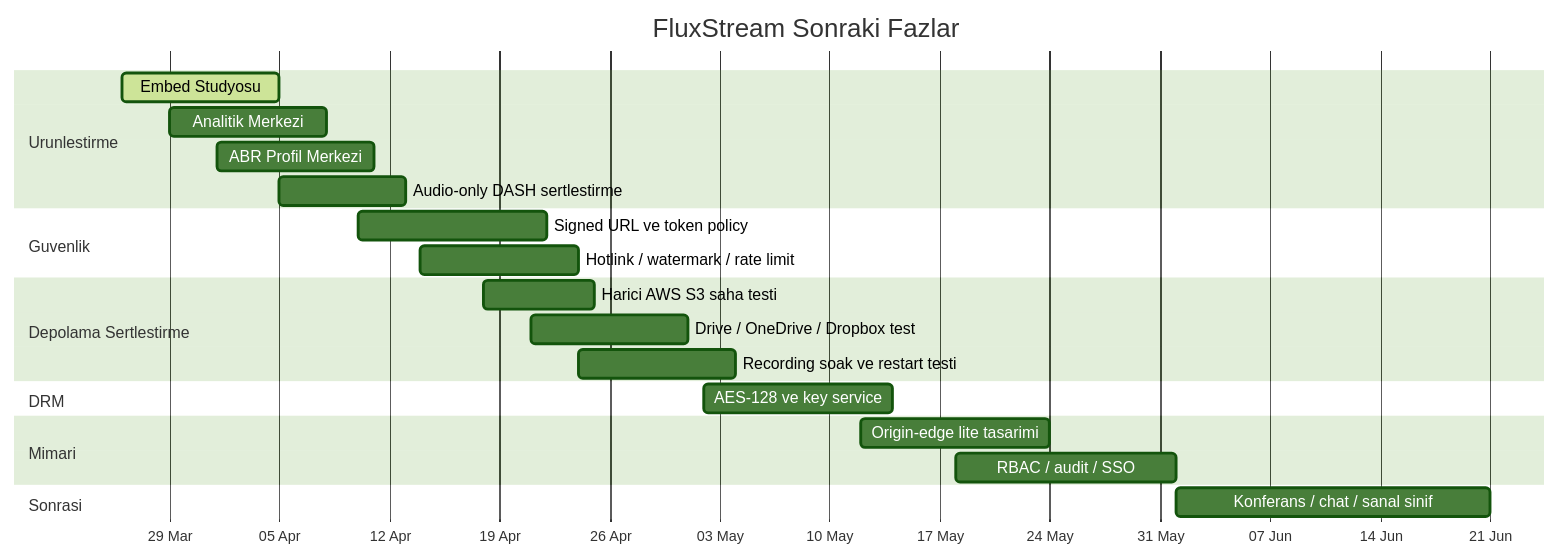
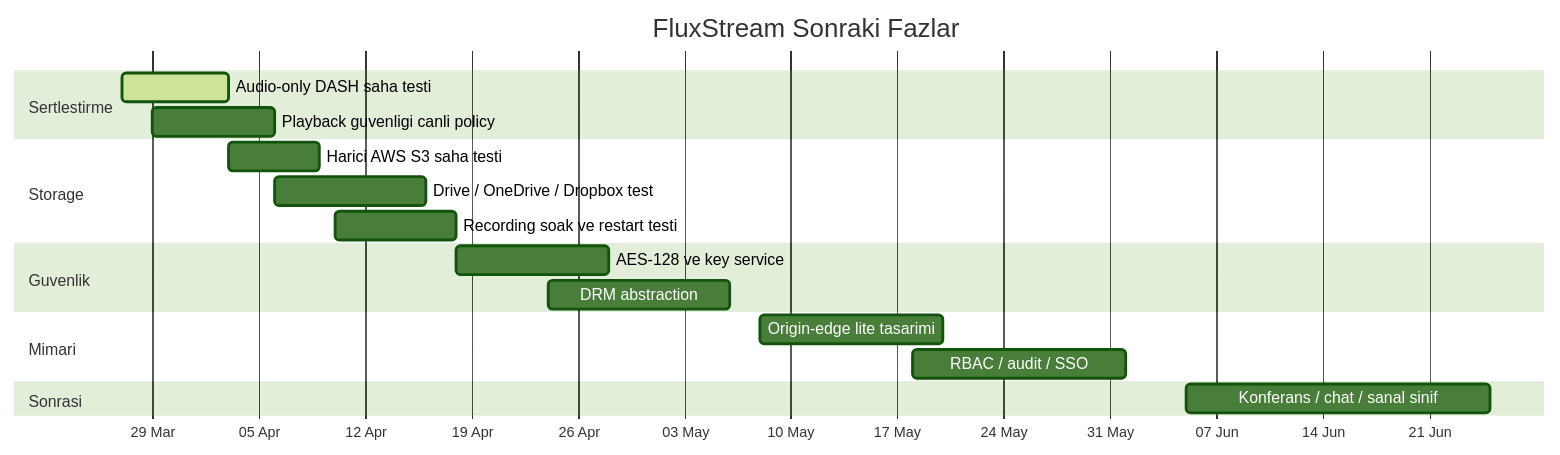
One commit to umitaydogan-sys/stream changed the sixth of 6 diagrams in yol_haritasi.md. Above: the diagram before and after it, drawn with Mermaid (forest theme). The commit also changed other lines of this file and 11 other files, not shown here.

````diff
--- a/yol_haritasi.md
+++ b/yol_haritasi.md
@@ -139,25 +147,21 @@
 ```mermaid
 gantt
     title FluxStream Sonraki Fazlar
     dateFormat  YYYY-MM-DD
     axisFormat  %d %b
-    section Urunlestirme
-    Embed Studyosu                   :active, emb1, 2026-03-26, 10d
-    Analitik Merkezi                 :ana1, 2026-03-29, 10d
-    ABR Profil Merkezi               :abr1, 2026-04-01, 10d
-    Audio-only DASH sertlestirme     :dasha, 2026-04-05, 8d
+    section Sertlestirme
+    Audio-only DASH saha testi          :active, dasha, 2026-03-27, 7d
+    Playback guvenligi canli policy     :secv2, 2026-03-29, 8d
+    section Storage
+    Harici AWS S3 saha testi            :s3, 2026-04-03, 6d
+    Drive / OneDrive / Dropbox test     :drv, 2026-04-06, 10d
+    Recording soak ve restart testi     :rec, 2026-04-10, 8d
     section Guvenlik
-    Signed URL ve token policy       :sec1, 2026-04-10, 12d
-    Hotlink / watermark / rate limit :sec2, 2026-04-14, 10d
-    section Depolama Sertlestirme
-    Harici AWS S3 saha testi         :s3, 2026-04-18, 7d
-    Drive / OneDrive / Dropbox test  :drv, 2026-04-21, 10d
-    Recording soak ve restart testi  :rec, 2026-04-24, 10d
-    section DRM
-    AES-128 ve key service           :drm1, 2026-05-02, 12d
+    AES-128 ve key service              :drm1, 2026-04-18, 10d
+    DRM abstraction                     :drm2, 2026-04-24, 12d
     section Mimari
-    Origin-edge lite tasarimi        :oe1, 2026-05-12, 12d
-    RBAC / audit / SSO               :auth1, 2026-05-18, 14d
+    Origin-edge lite tasarimi           :oe1, 2026-05-08, 12d
+    RBAC / audit / SSO                  :auth1, 2026-05-18, 14d
     section Sonrasi
-    Konferans / chat / sanal sinif   :future, 2026-06-01, 20d
+    Konferans / chat / sanal sinif      :future, 2026-06-05, 20d
 ```
````
